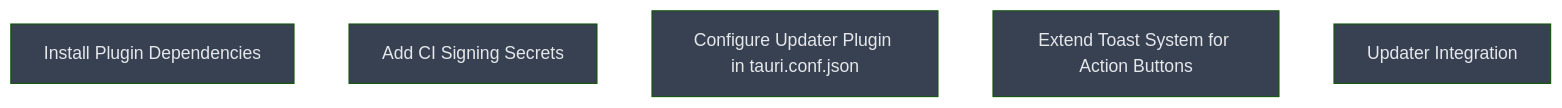
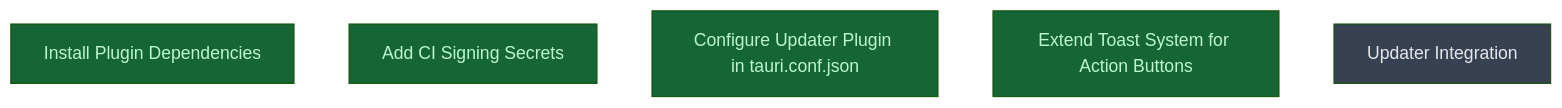
The diagram in __roadmap__/auto-updater/README.md (LittleCoinCoin/sift), drawn with Mermaid (forest theme) before and after one commit. The commit also changed other lines of this file and 1 other file, not shown here.

Commit message:
chore(roadmap): mark depth-0 tasks done, updater_integration inprogress

````diff
--- a/__roadmap__/auto-updater/README.md
+++ b/__roadmap__/auto-updater/README.md
@@ -30,13 +30,13 @@
 ```mermaid
 graph TD
-    deps[Install Plugin Dependencies]:::planned
-    ci_signing[Add CI Signing Secrets]:::planned
-    tauri_config[Configure Updater Plugin in tauri.conf.json]:::planned
-    toast_extension[Extend Toast System for Action Buttons]:::planned
+    deps[Install Plugin Dependencies]:::done
+    ci_signing[Add CI Signing Secrets]:::done
+    tauri_config[Configure Updater Plugin in tauri.conf.json]:::done
+    toast_extension[Extend Toast System for Action Buttons]:::done
     updater_integration[Updater Integration]:::planned
     classDef done       fill:#166534,color:#bbf7d0
     classDef inprogress fill:#854d0e,color:#fef08a
     classDef planned    fill:#374151,color:#e5e7eb
     classDef amendment  fill:#1e3a5f,color:#bfdbfe
     classDef blocked    fill:#7f1d1d,color:#fecaca
 ```
````
